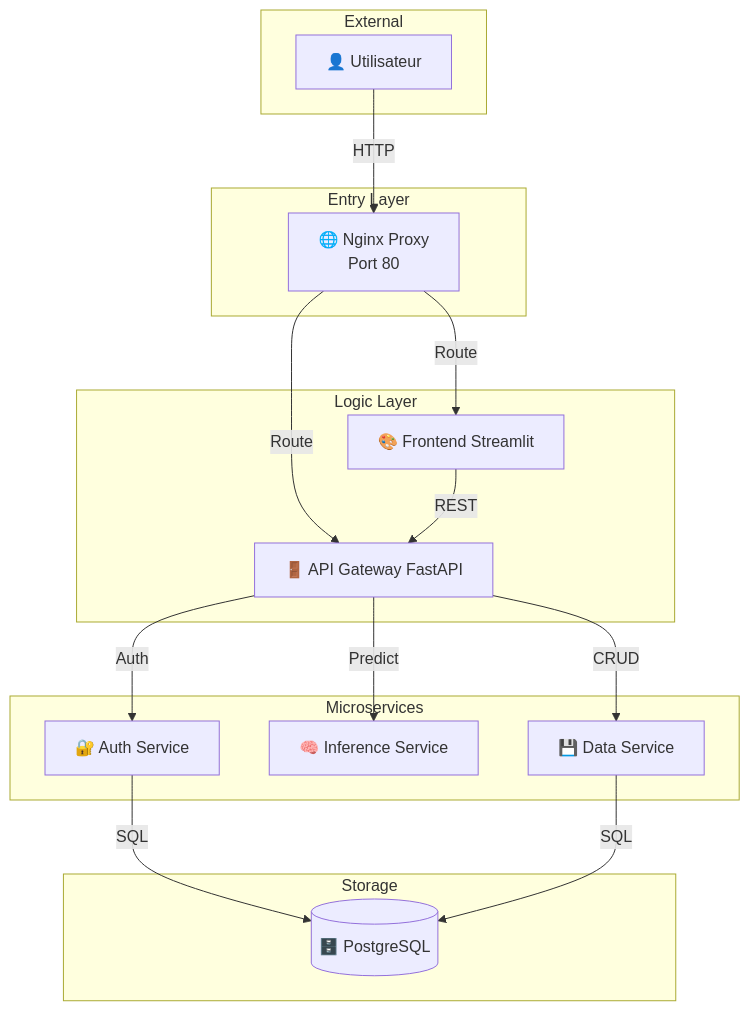
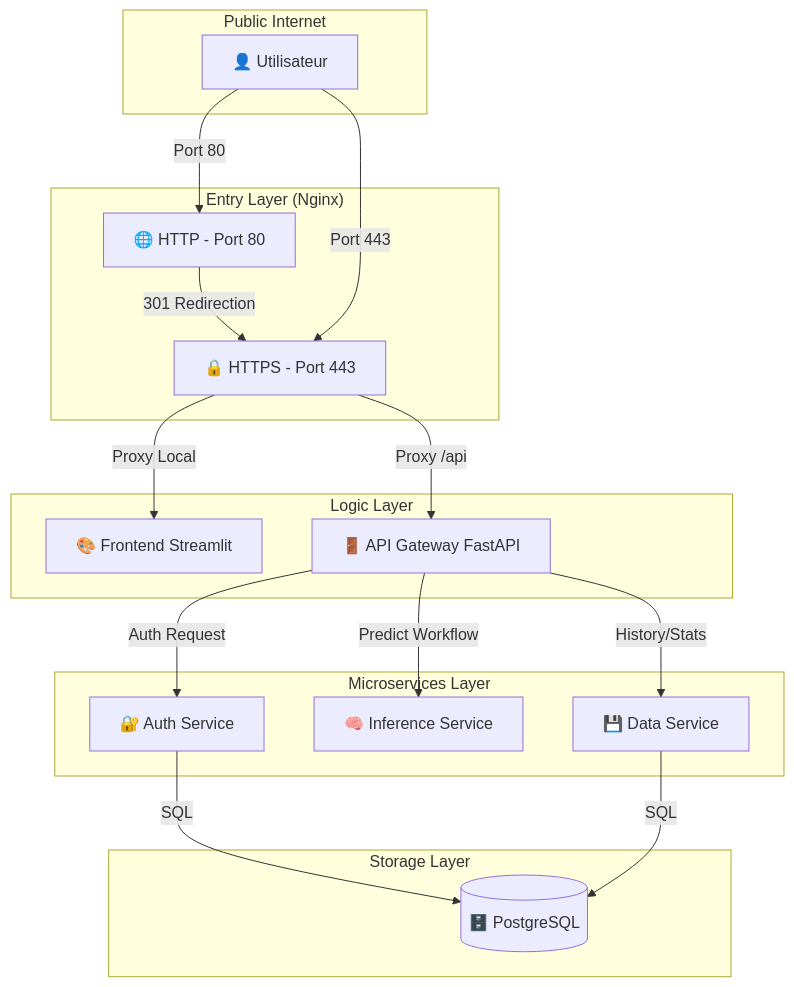
The diagram in ARCHITECTURE.md (mnjaay/DL-CancerDuSein), drawn with Mermaid before and after one commit. The commit also changed other lines of this file and 2 other files, not shown here.

````diff
--- a/ARCHITECTURE.md
+++ b/ARCHITECTURE.md
@@ -22,34 +22,39 @@
 ```mermaid
 graph TB
-    subgraph "External"
+    subgraph "Public Internet"
         U[👤 Utilisateur]
     end
     
-    subgraph "Entry Layer"
-        NX[🌐 Nginx Proxy<br/>Port 80]
+    subgraph "Entry Layer (Nginx)"
+        HTTPS[🔒 HTTPS - Port 443]
+        HTTP[🌐 HTTP - Port 80]
     end
 
     subgraph "Logic Layer"
         F[🎨 Frontend Streamlit]
         G[🚪 API Gateway FastAPI]
     end
     
-    subgraph "Microservices"
+    subgraph "Microservices Layer"
         A[🔐 Auth Service]
         I[🧠 Inference Service]
         D[💾 Data Service]
     end
     
-    subgraph "Storage"
+    subgraph "Storage Layer"
         DB[(🗄️ PostgreSQL)]
     end
 
-    U -->|HTTP| NX
-    NX -->|Route| F
-    NX -->|Route| G
-    F -->|REST| G
-    G -->|Auth| A
-    G -->|Predict| I
-    G -->|CRUD| D
+    U -->|Port 80| HTTP
+    HTTP -->|301 Redirection| HTTPS
+    U -->|Port 443| HTTPS
+    
+    HTTPS -->|Proxy Local| F
+    HTTPS -->|Proxy /api| G
+    
+    G -->|Auth Request| A
+    G -->|Predict Workflow| I
+    G -->|History/Stats| D
+    
     A & D -->|SQL| DB
 ```
````
